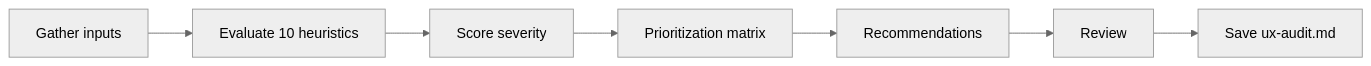
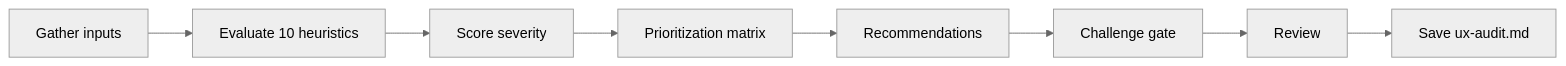
Before and after one commit to ai-driven-dev/framework: the diagram in skills/ux-audit/SKILL.md, drawn with Mermaid (neutral theme). The commit also changed other lines of this file and 22 other files, not shown here.

````diff
--- a/skills/ux-audit/SKILL.md
+++ b/skills/ux-audit/SKILL.md
@@ -31,4 +32,4 @@
 ```mermaid
 flowchart LR
-    A[Gather inputs] --> B[Evaluate 10 heuristics] --> C[Score severity] --> D[Prioritization matrix] --> E[Recommendations] --> F[Review] --> G[Save ux-audit.md]
+    A[Gather inputs] --> B[Evaluate 10 heuristics] --> C[Score severity] --> D[Prioritization matrix] --> E[Recommendations] --> F[Challenge gate] --> G[Review] --> H[Save ux-audit.md]
 ```
````
